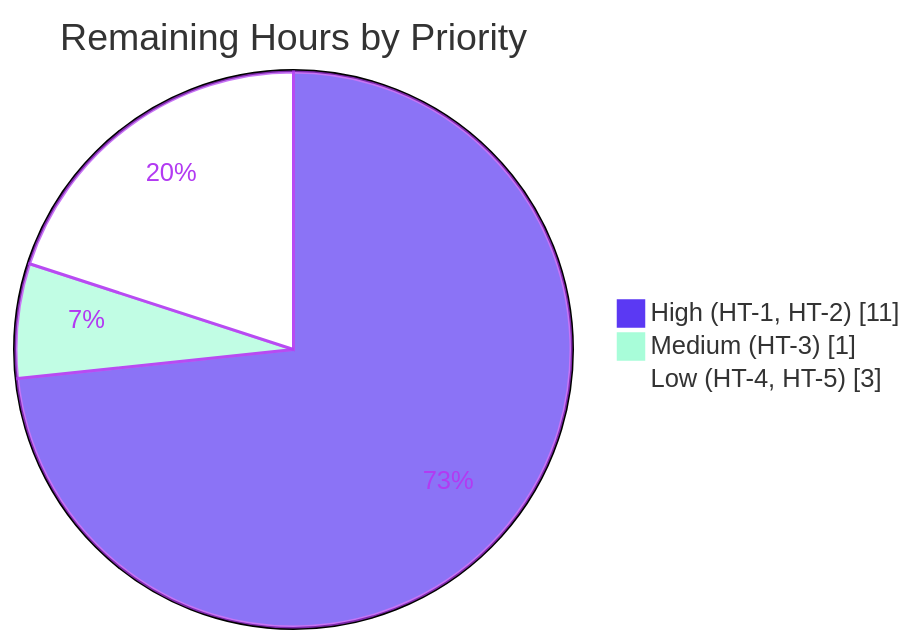
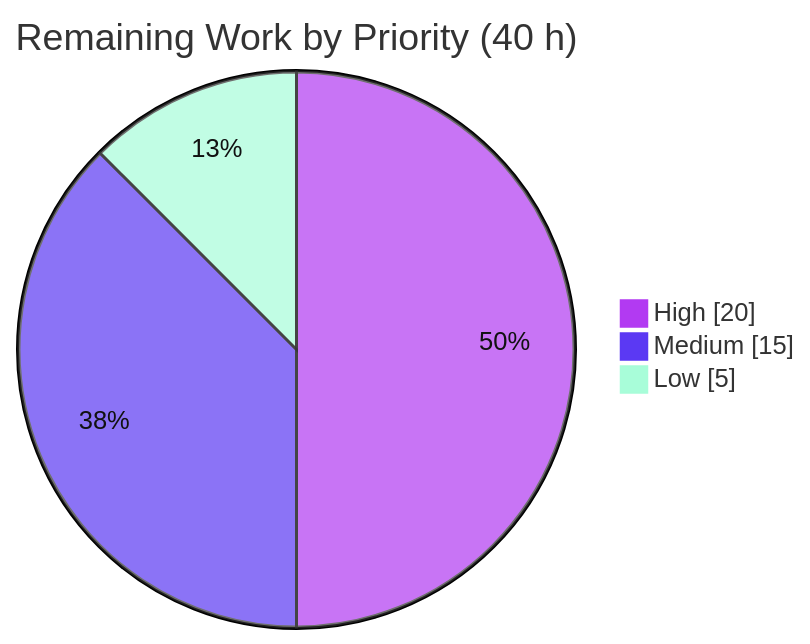
The third of 4 diagrams in blitzy/documentation/Project Guide.md (blitzy-public-samples/ecommerce-shop), drawn with Mermaid before and after one commit. The commit also changed other lines of this file, not shown here.

Commit message:
Adding Blitzy Project Guide: Project Status and Human Tasks Remaining

````diff
--- a/blitzy/documentation/Project Guide.md
+++ b/blitzy/documentation/Project Guide.md
@@ -209,7 +244,7 @@
 ```mermaid
-%%{init: {'theme':'base','themeVariables':{'pie1':'#5B39F3','pie2':'#A8FDD9','pie3':'#FFFFFF','pieStrokeColor':'#B23AF2','pieStrokeWidth':'2px','pieSectionTextColor':'#B23AF2'}}}%%
-pie showData title Remaining Hours by Priority
-    "High (HT-1, HT-2)" : 11
-    "Medium (HT-3)" : 1
-    "Low (HT-4, HT-5)" : 3
+%%{init: {'theme':'base','themeVariables':{'pie1':'#B23AF2','pie2':'#5B39F3','pie3':'#A8FDD9','pieStrokeColor':'#333333','pieSectionTextColor':'#111111','pieStrokeWidth':'2px'}}}%%
+pie showData title Remaining Work by Priority (40 h)
+    "High" : 20
+    "Medium" : 15
+    "Low" : 5
 ```
````
